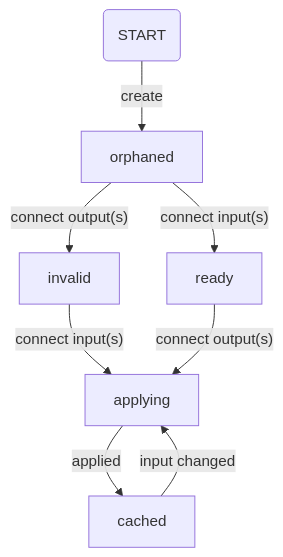
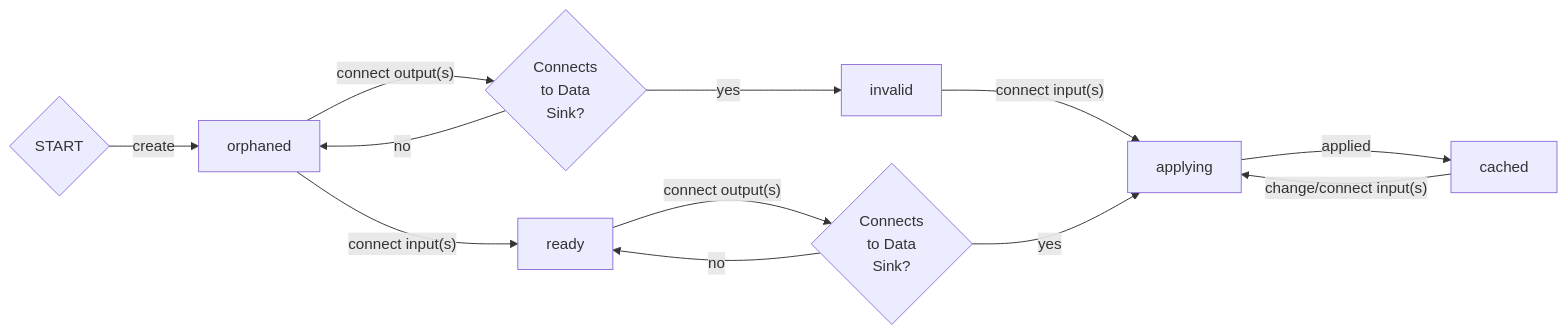
One commit to JanHett/Spice-Engine changed the first of 2 diagrams in README.md. Above: the diagram before and after it, drawn with Mermaid. The commit also changed other lines of this file and 3 other files, not shown here.

````diff
--- a/README.md
+++ b/README.md
@@ -18,12 +32,16 @@
 ```mermaid
-graph TD;
+graph LR;
 
-missing(START)-->|create|orphaned
+missing{START}-->|create|orphaned
 
-orphaned-->|"connect output(s)"|invalid
+orphaned-->|"connect output(s)"|outIsDataSink{"Connects</br>to Data</br>Sink?"}
+outIsDataSink-->|yes|invalid
+outIsDataSink-->|no|orphaned
 orphaned-->|"connect input(s)"|ready
 invalid-->|"connect input(s)"|applying
-ready-->|"connect output(s)"|applying
+ready-->|"connect output(s)"|outIsDataSink2{"Connects</br>to Data</br>Sink?"}
+outIsDataSink2-->|yes|applying
+outIsDataSink2-->|no|ready
 applying-->|applied|cached
-cached-->|"input changed"|applying
+cached-->|"change/connect input(s)"|applying
 ```
````
